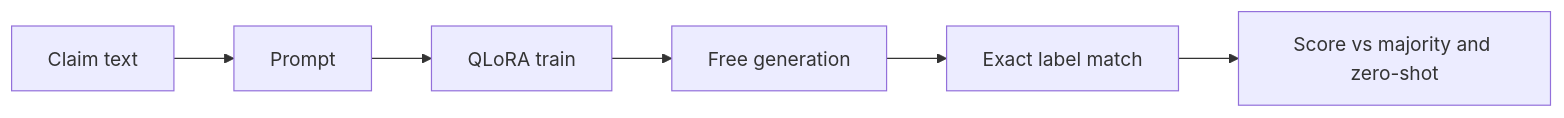
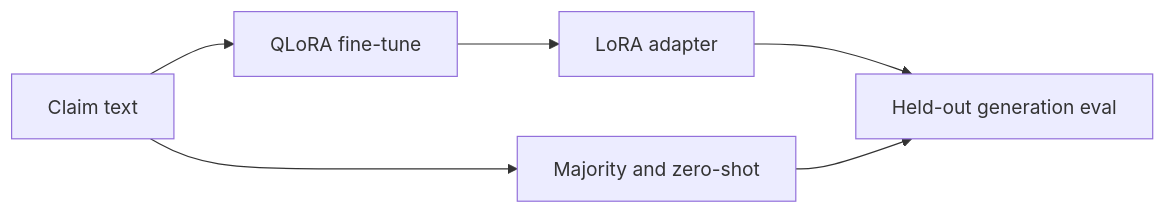
Before and after one commit to NguyenSome/politifacts-qwen: the diagram in README.md, drawn with Mermaid. The commit also changed other lines of this file and 8 other files, not shown here.

First line of the commit message:
Record the held-out ordinal results for the claim-only QLoRA runs.

````diff
--- a/README.md
+++ b/README.md
@@ -21,8 +69,8 @@
 ```mermaid
 flowchart LR
-  claim[Claim text] --> prompt[Prompt]
-  prompt --> train[QLoRA train]
-  train --> generate[Free generation]
-  generate --> exact[Exact label match]
-  exact --> score[Score vs majority and zero-shot]
+  claims[Claim text] --> train[QLoRA fine-tune]
+  train --> adapter[LoRA adapter]
+  claims --> baselines[Majority and zero-shot]
+  adapter --> eval[Held-out generation eval]
+  baselines --> eval
 ```
````
